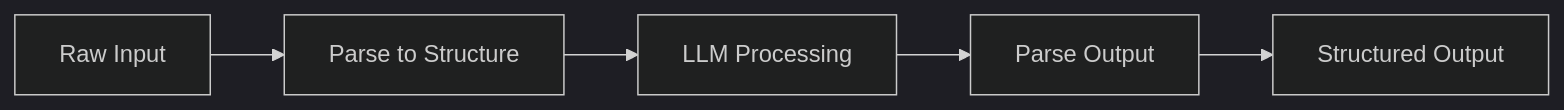
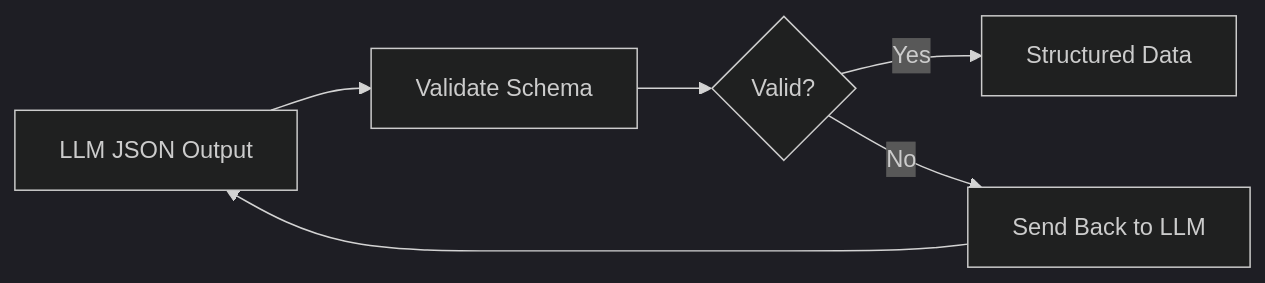
The fourth of 7 diagrams in agents/building-blocks/README.md (yld0/ai-cookbook), drawn with Mermaid (dark theme) before and after one commit. The commit also changed other lines of this file, not shown here.

Commit message:
Enhance README.md to clarify the validation process for LLM outputs, emphasizing the importance of schema validation and retry logic. Update the flow diagram to reflect the new validation steps, ensuring consistency in documentation.

````diff
--- a/agents/building-blocks/README.md
+++ b/agents/building-blocks/README.md
@@ -57,4 +57,6 @@
 ```mermaid
 graph LR
-    A[Raw Input] --> B[Parse to Structure] --> C[LLM Processing] --> D[Parse Output] --> E[Structured Output]
+    A[LLM JSON Output] --> B[Validate Schema] --> C{Valid?}
+    C -->|Yes| D[Structured Data]
+    C -->|No| E[Send Back to LLM] --> A
 ```
````
